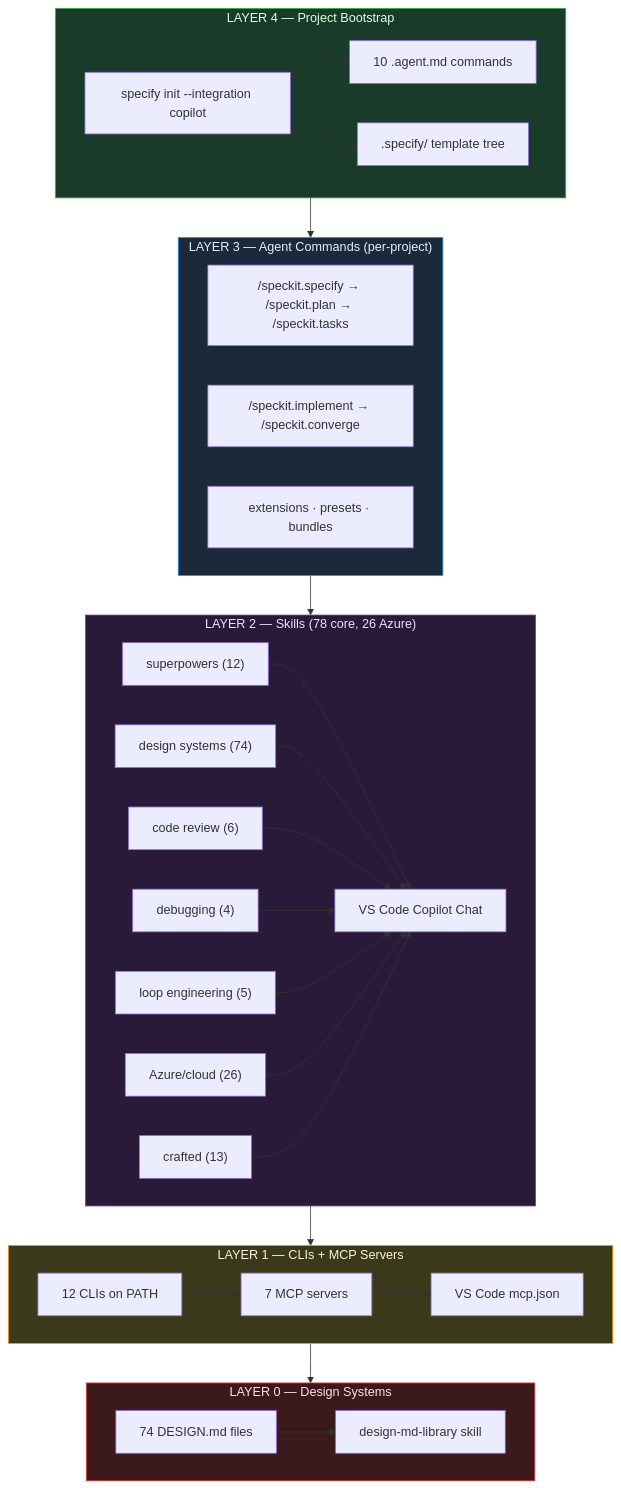
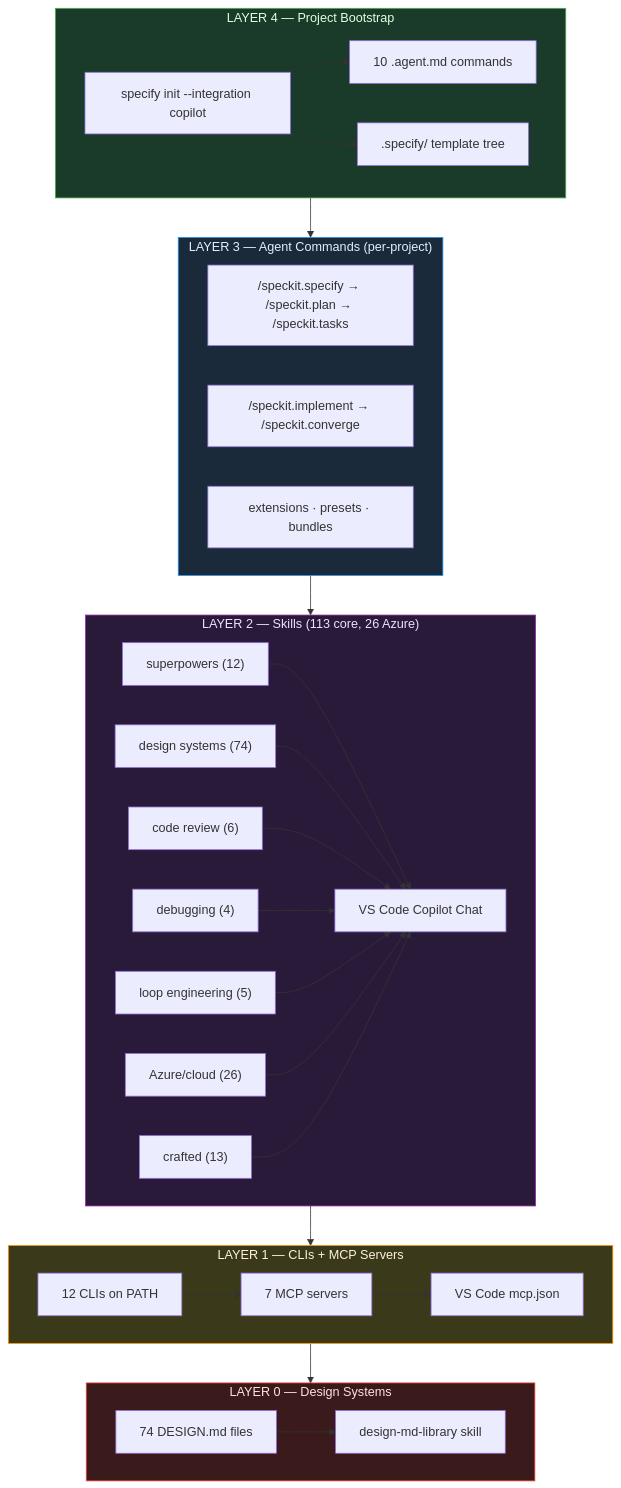
Before and after one commit to JZKK720/cubecloud-skillsboundle-setup: the diagram in README.md, drawn with Mermaid. The commit also changed other lines of this file and 1 other file, not shown here.

First line of the commit message:
docs: bump all counters to 139 skills (104→139, +35 ECC)

````diff
--- a/README.md
+++ b/README.md
@@ -33,48 +33,48 @@
 ```mermaid
 graph TB
     subgraph L4["LAYER 4 — Project Bootstrap"]
         SPEC["specify init --integration copilot"]
         AGENTS["10 .agent.md commands"]
         TEMPLATES[".specify/ template tree"]
         SPEC --> AGENTS
         SPEC --> TEMPLATES
     end
 
     subgraph L3["LAYER 3 — Agent Commands (per-project)"]
         SD["/speckit.specify → /speckit.plan → /speckit.tasks"]
         IM["/speckit.implement → /speckit.converge"]
         EXT["extensions · presets · bundles"]
     end
 
-    subgraph L2["LAYER 2 — Skills (78 core, 26 Azure)"]
+    subgraph L2["LAYER 2 — Skills (113 core, 26 Azure)"]
         direction LR
         METH["superpowers (12)"] --> COPILOT["VS Code Copilot Chat"]
         DSN["design systems (74)"] --> COPILOT
         REV["code review (6)"] --> COPILOT
         DBG["debugging (4)"] --> COPILOT
         LOOP["loop engineering (5)"] --> COPILOT
         AZURE["Azure/cloud (26)"] --> COPILOT
         CRAFT["crafted (13)"] --> COPILOT
     end
 
     subgraph L1["LAYER 1 — CLIs + MCP Servers"]
         direction LR
         CLI["12 CLIs on PATH"] --> MCP["7 MCP servers"]
         MCP --> VSCODE["VS Code mcp.json"]
     end
 
     subgraph L0["LAYER 0 — Design Systems"]
         D74["74 DESIGN.md files"] --> LIB["design-md-library skill"]
     end
 
     L4 --> L3
     L3 --> L2
     L2 --> L1
     L1 --> L0
 
     style L4 fill:#1a3a2a,stroke:#4caf50,color:#e0ffe0
     style L3 fill:#1a2a3a,stroke:#2196f3,color:#e0f0ff
     style L2 fill:#2a1a3a,stroke:#9c27b0,color:#f0e0ff
     style L1 fill:#3a3a1a,stroke:#ff9800,color:#fff0e0
     style L0 fill:#3a1a1a,stroke:#f44336,color:#ffe0e0
 ```
````
